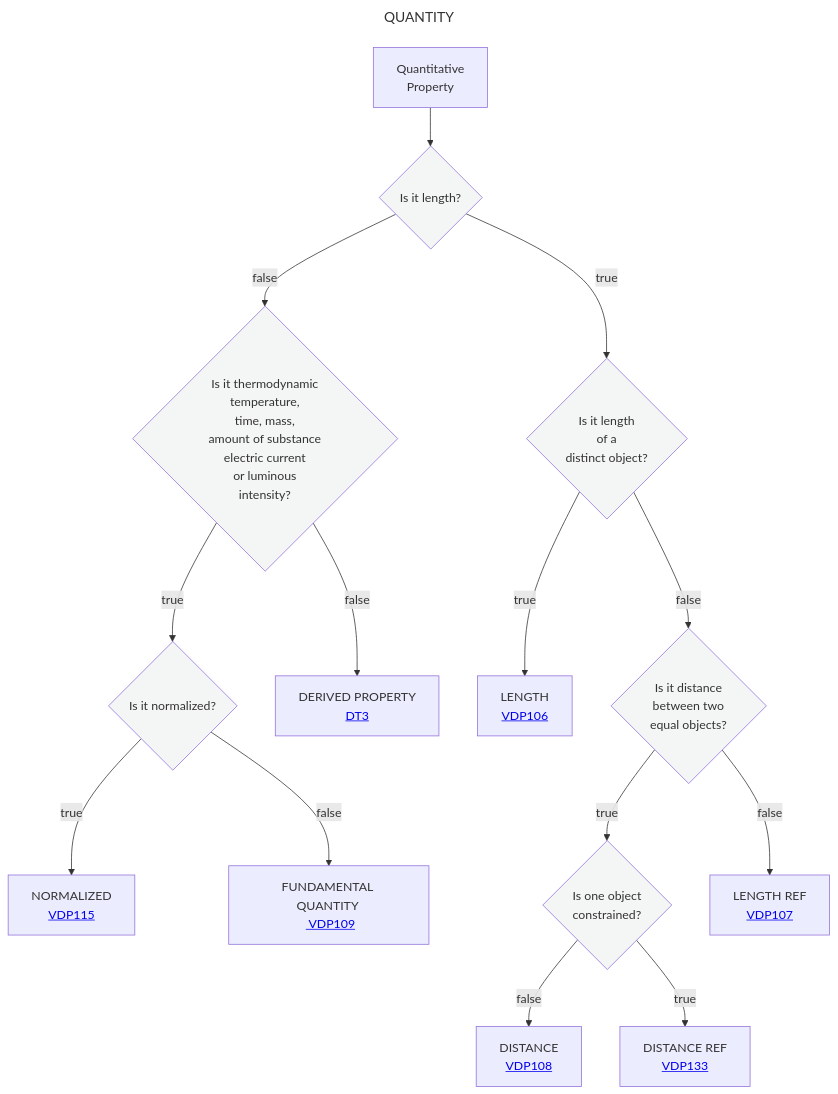
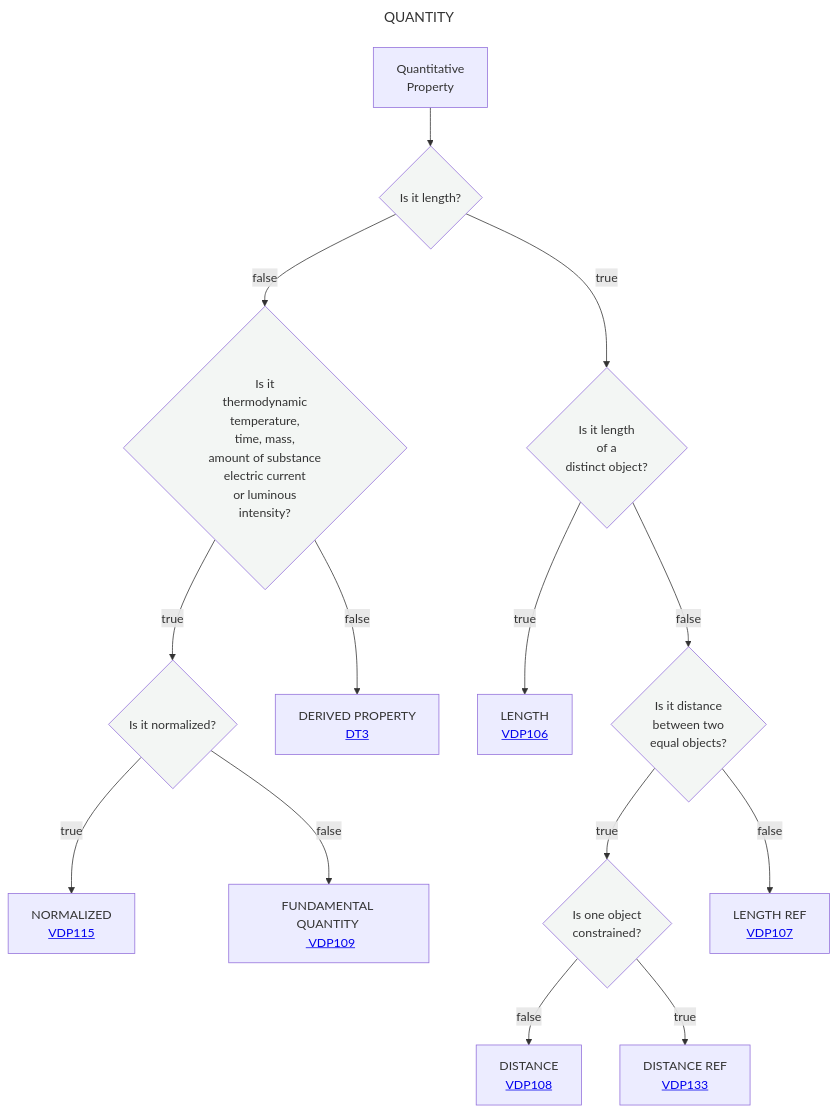
One commit to mabablue/I-ADOPT-patterns-playground changed the diagram in Decisition_trees/DT2.mmd. Above: the diagram before and after it, drawn with Mermaid.

Commit message:
Fix formatting in decision tree flowchart

```diff
--- a/Decisition_trees/DT2.mmd
+++ b/Decisition_trees/DT2.mmd
@@ -1,21 +1,21 @@
 ---
 title: QUANTITY
 ---
 flowchart TD
     A[Quantitative <br> Property] --> C{Is it length?}:::white
     C --> |true|E{Is it length <br> of a <br> distinct object?}:::white
-    C --> |false|F{Is it thermodynamic <br> temperature, <br> time, mass, <br> amount of substance <br> electric current <br> or luminous <br> intensity?}:::white
+    C --> |false|F{Is it <br> thermodynamic <br> temperature, <br> time, mass, <br> amount of substance <br> electric current <br> or luminous <br> intensity?}:::white
     F --> |true|G{Is it normalized?}:::white
     G --> |true|H[NORMALIZED <br> <a href='https://github.com/mabablue/I-ADOPT-patterns-playground/blob/main/pattern/VDP115.yaml'> VDP115</a>] 
     G --> |false|I[FUNDAMENTAL QUANTITY <br> <a href='https://github.com/mabablue/I-ADOPT-patterns-playground/blob/main/pattern/VDP109.yaml'> VDP109</a>] 
     F --> |false|M[DERIVED PROPERTY <br> <a href='https://github.com/mabablue/I-ADOPT-patterns-playground/blob/main/Decisition_trees/DT3.mmd'> DT3</a>] 
     E --> |true|N[LENGTH <br> <a href='https://github.com/mabablue/I-ADOPT-patterns-playground/blob/main/pattern/VD1P06.yaml'> VDP106</a>] 
     E --> |false|O{Is it distance <br> between two <br> equal objects?}:::white
     O --> |true|P{Is one object <br> constrained?}:::white
     P --> |false|R[DISTANCE <br> <a href='https://github.com/mabablue/I-ADOPT-patterns-playground/blob/main/pattern/VDP108.yaml'> VDP108</a>] 
     P --> |true|S[DISTANCE REF<br> <a href='https://github.com/mabablue/I-ADOPT-patterns-playground/blob/main/pattern/VDP133.yaml'> VDP133</a>] 
     O --> |false|Q[LENGTH REF <br> <a href='https://github.com/mabablue/I-ADOPT-patterns-playground/blob/main/pattern/VDP107.yaml'> VDP107</a>] 
    classDef blue fill:#90D5FF
    classDef satblue fill:#57B9FF 
    classDef white fill:#f3f6f4
    classDef green fill:#6aa84f
```
